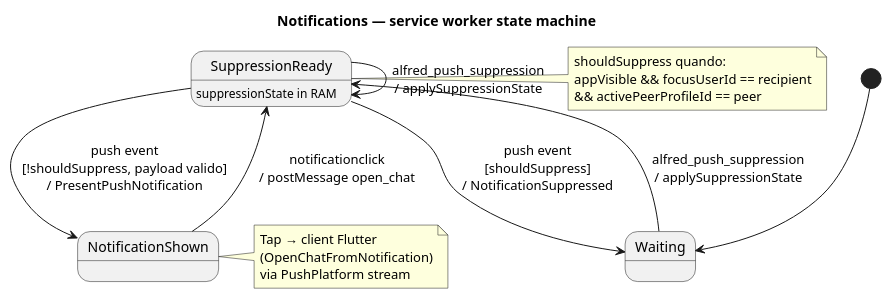
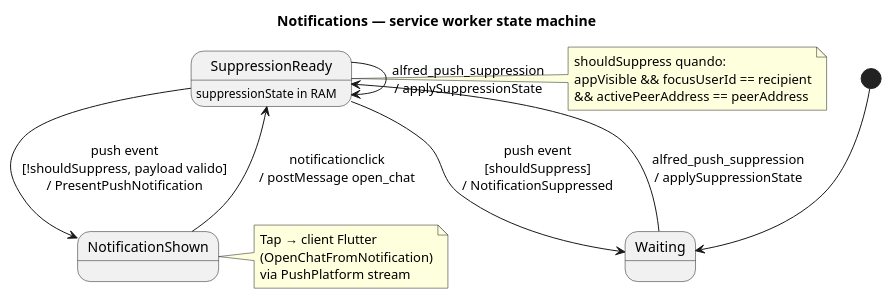
Before and after one commit to alfred-im/alfred-im: the diagram in docs/model/uml/notifications/notifications-sw-state.puml, drawn with PlantUML. The commit also changed 12 other files, not shown here.

Commit message:
docs: sync SYSTEM/SURFACE/UML to peer_address

```diff
--- a/docs/model/uml/notifications/notifications-sw-state.puml
+++ b/docs/model/uml/notifications/notifications-sw-state.puml
@@ -1,37 +1,37 @@
 @startuml notifications-sw-state
 ' Context: notifications (service worker)
 ' Contract: docs/specs/contracts/push-payload.md
 ' SDD: SURF-NOTIFICATIONS-005–008
 ' Revision: 2026-07-27
 
 title Notifications — service worker state machine
 
 state Waiting
 state SuppressionReady : suppressionState in RAM
 state NotificationShown
 
 [*] --> Waiting
 
 Waiting --> SuppressionReady : alfred_push_suppression\n/ applySuppressionState
 
 SuppressionReady --> SuppressionReady : alfred_push_suppression\n/ applySuppressionState
 
 SuppressionReady --> Waiting : push event\n[shouldSuppress]\n/ NotificationSuppressed
 
 SuppressionReady --> NotificationShown : push event\n[!shouldSuppress, payload valido]\n/ PresentPushNotification
 
 NotificationShown --> SuppressionReady : notificationclick\n/ postMessage open_chat
 
 note right of SuppressionReady
   shouldSuppress quando:
   appVisible && focusUserId == recipient
-  && activePeerProfileId == peer
+  && activePeerAddress == peerAddress
 end note
 
 note right of NotificationShown
   Tap → client Flutter
   (OpenChatFromNotification)
   via PushPlatform stream
 end note
 
 @enduml
```
